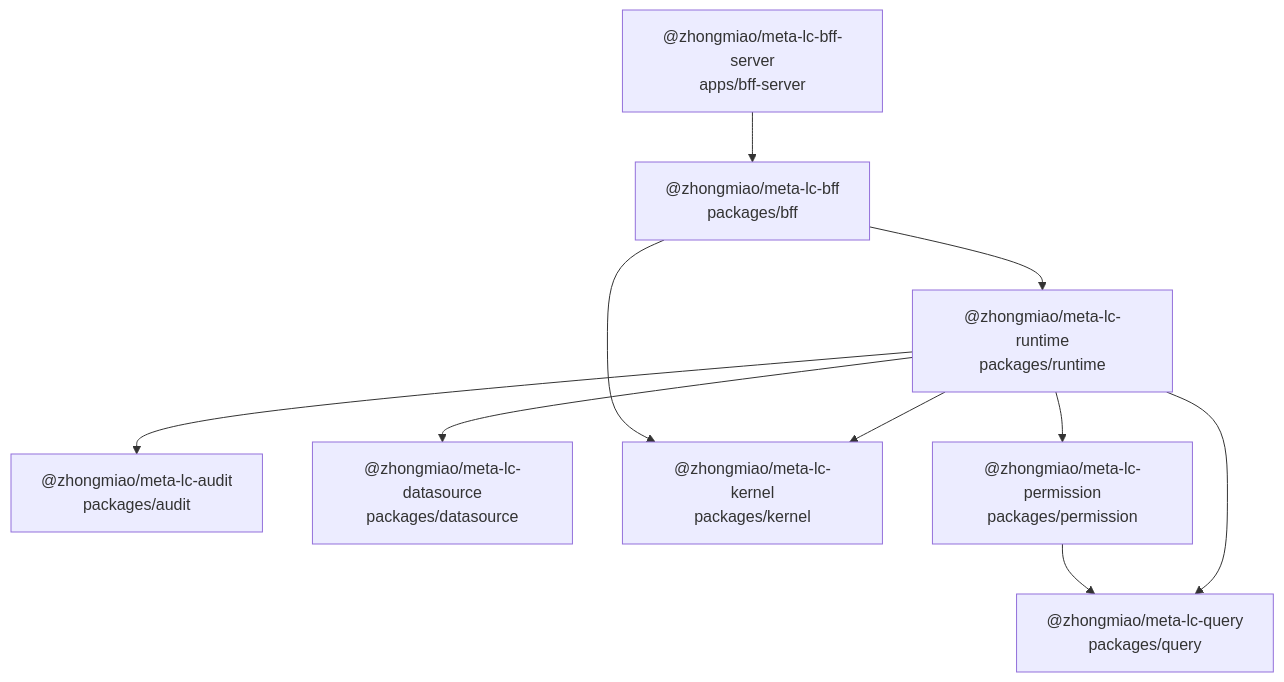
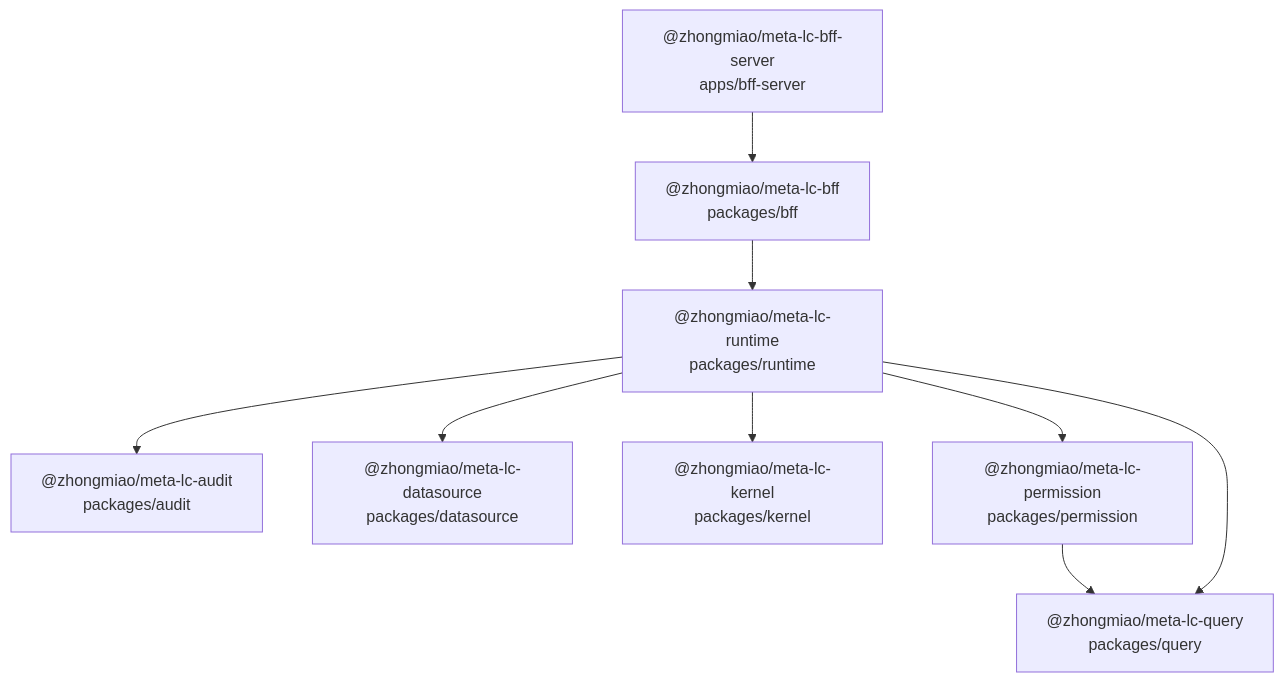
The first of 2 diagrams in docs/package-dependency-topology.md (zhongmiao-org/meta-lc-platform), drawn with Mermaid before and after one commit. The commit also changed other lines of this file and 14 other files, not shown here.

First line of the commit message:
fix(boundaries): remove BFF kernel dependency

````diff
--- a/docs/package-dependency-topology.md
+++ b/docs/package-dependency-topology.md
@@ -19,21 +19,20 @@
 ```mermaid
 flowchart TD
   bff_server["@zhongmiao/meta-lc-bff-server<br/>apps/bff-server"]
   audit["@zhongmiao/meta-lc-audit<br/>packages/audit"]
   bff["@zhongmiao/meta-lc-bff<br/>packages/bff"]
   datasource["@zhongmiao/meta-lc-datasource<br/>packages/datasource"]
   kernel["@zhongmiao/meta-lc-kernel<br/>packages/kernel"]
   permission["@zhongmiao/meta-lc-permission<br/>packages/permission"]
   query["@zhongmiao/meta-lc-query<br/>packages/query"]
   runtime["@zhongmiao/meta-lc-runtime<br/>packages/runtime"]
 
-  bff --> kernel
   bff --> runtime
   bff_server --> bff
   permission --> query
   runtime --> audit
   runtime --> datasource
   runtime --> kernel
   runtime --> permission
   runtime --> query
 ```
````
